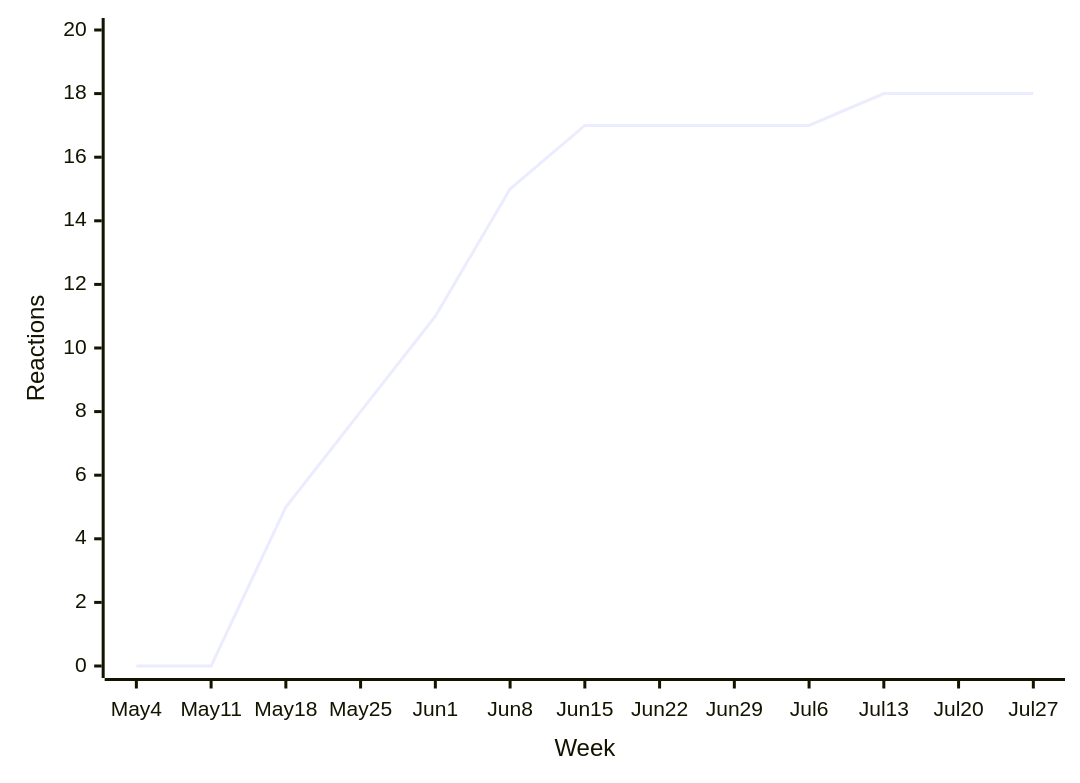
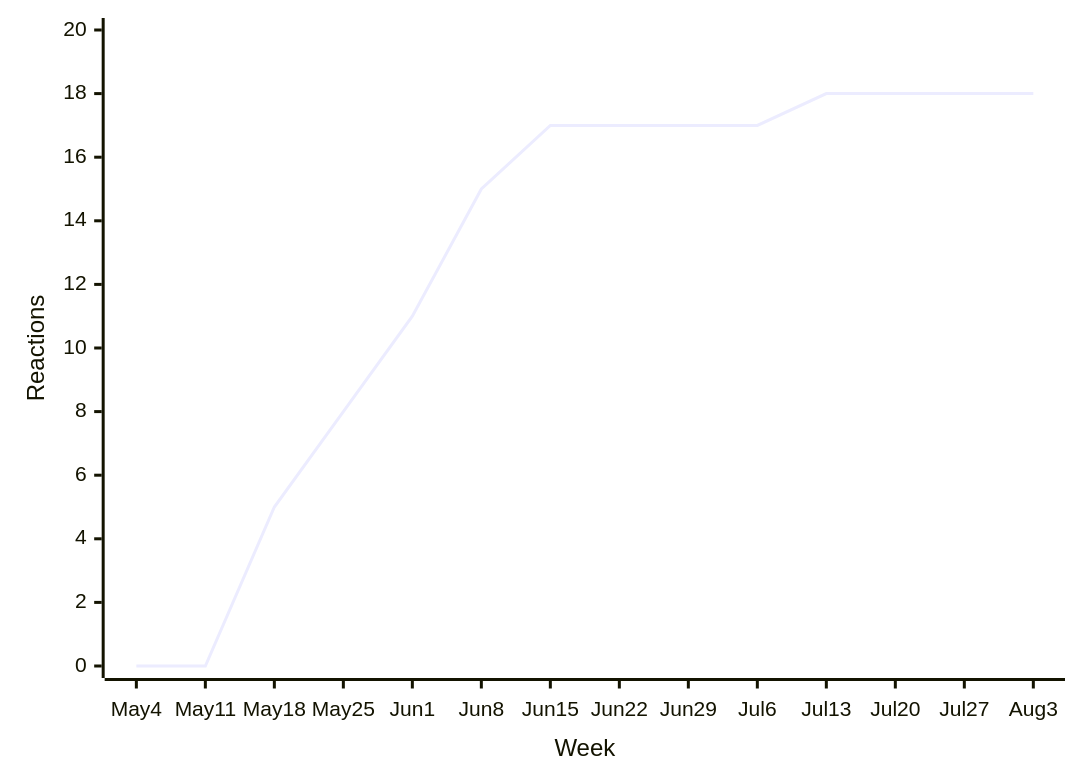
One commit to loic-sharma/github-insights changed the eighth of 44 diagrams in README.md. Above: the diagram before and after it, drawn with Mermaid. The commit also changed other lines of this file and 3 other files, not shown here.

````diff
--- a/README.md
+++ b/README.md
@@ -458,6 +458,6 @@
   ```mermaid
   xychart-beta
-    x-axis "Week" [May 4, May 11, May 18, May 25, Jun 1, Jun 8, Jun 15, Jun 22, Jun 29, Jul 6, Jul 13, Jul 20, Jul 27]
+    x-axis "Week" [May 4, May 11, May 18, May 25, Jun 1, Jun 8, Jun 15, Jun 22, Jun 29, Jul 6, Jul 13, Jul 20, Jul 27, Aug 3]
     y-axis "Reactions" 0 --> 20
-    line [0, 0, 5, 8, 11, 15, 17, 17, 17, 17, 18, 18, 18]
+    line [0, 0, 5, 8, 11, 15, 17, 17, 17, 17, 18, 18, 18, 18]
   ```
````
